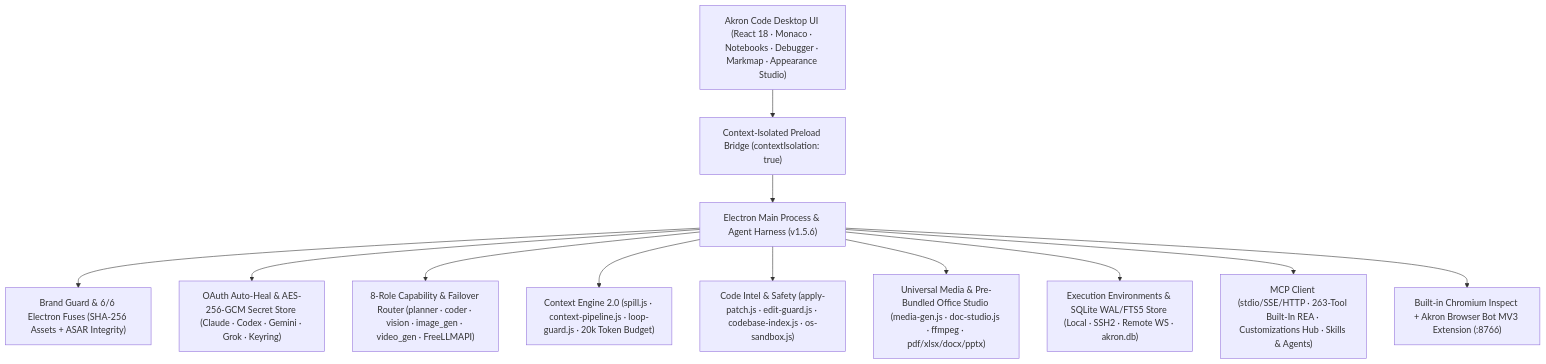
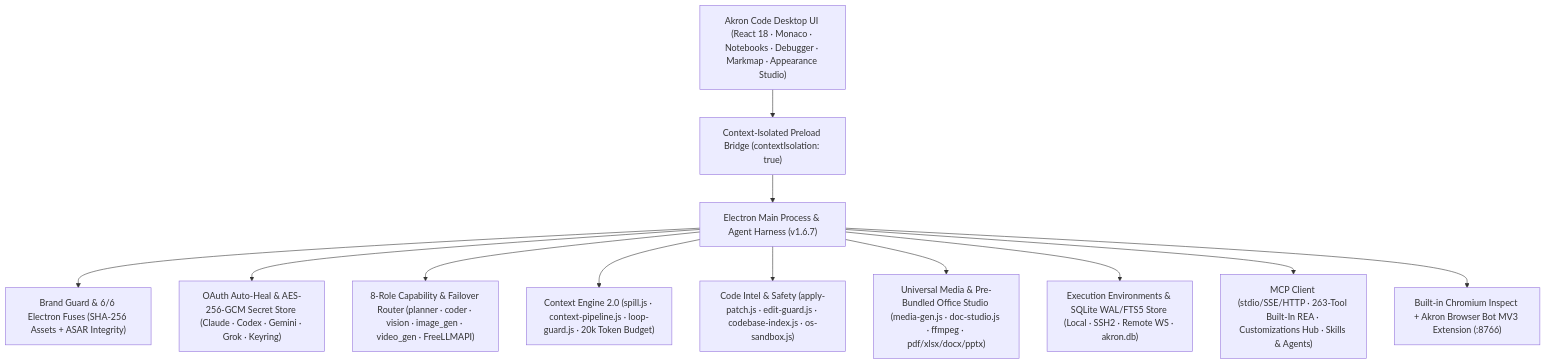
One commit to faysaliteng/akron-code changed the second of 3 diagrams in README.md. Above: the diagram before and after it, drawn with Mermaid. The commit also changed other lines of this file and 61 other files, not shown here.

````diff
--- a/README.md
+++ b/README.md
@@ -145,15 +147,15 @@
 ```mermaid
 flowchart TD
   UI["Akron Code Desktop UI (React 18 · Monaco · Notebooks · Debugger · Markmap · Appearance Studio)"] --> Preload["Context-Isolated Preload Bridge (contextIsolation: true)"]
-  Preload --> Main["Electron Main Process & Agent Harness (v1.5.6)"]
+  Preload --> Main["Electron Main Process & Agent Harness (v1.6.7)"]
 
   Main --> Brand["Brand Guard & 6/6 Electron Fuses (SHA-256 Assets + ASAR Integrity)"]
   Main --> Auth["OAuth Auto-Heal & AES-256-GCM Secret Store (Claude · Codex · Gemini · Grok · Keyring)"]
   Main --> Router["8-Role Capability & Failover Router (planner · coder · vision · image_gen · video_gen · FreeLLMAPI)"]
   Main --> Context["Context Engine 2.0 (spill.js · context-pipeline.js · loop-guard.js · 20k Token Budget)"]
   Main --> Intel["Code Intel & Safety (apply-patch.js · edit-guard.js · codebase-index.js · os-sandbox.js)"]
   Main --> Studio["Universal Media & Pre-Bundled Office Studio (media-gen.js · doc-studio.js · ffmpeg · pdf/xlsx/docx/pptx)"]
   Main --> Envs["Execution Environments & SQLite WAL/FTS5 Store (Local · SSH2 · Remote WS · akron.db)"]
   Main --> Ext["MCP Client (stdio/SSE/HTTP · 263-Tool Built-In REA · Customizations Hub · Skills & Agents)"]
   Main --> Bridge["Built-in Chromium Inspect + Akron Browser Bot MV3 Extension (:8766)"]
 ```
````
